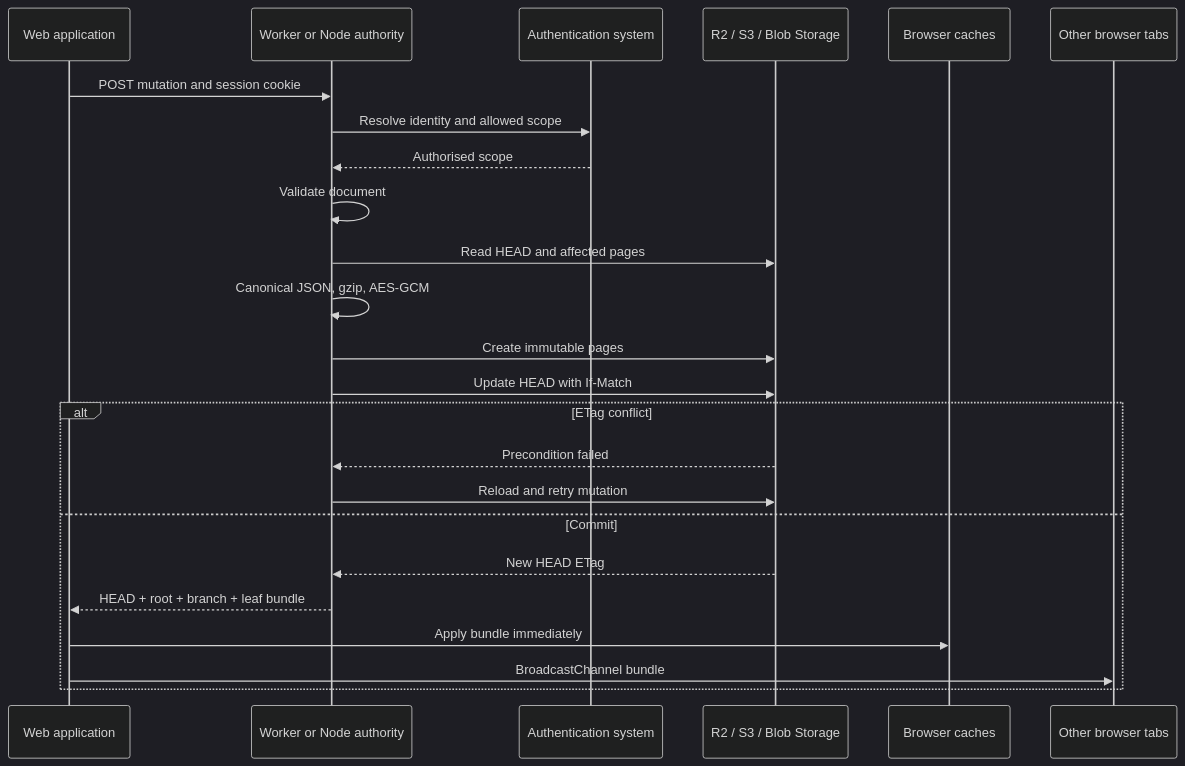
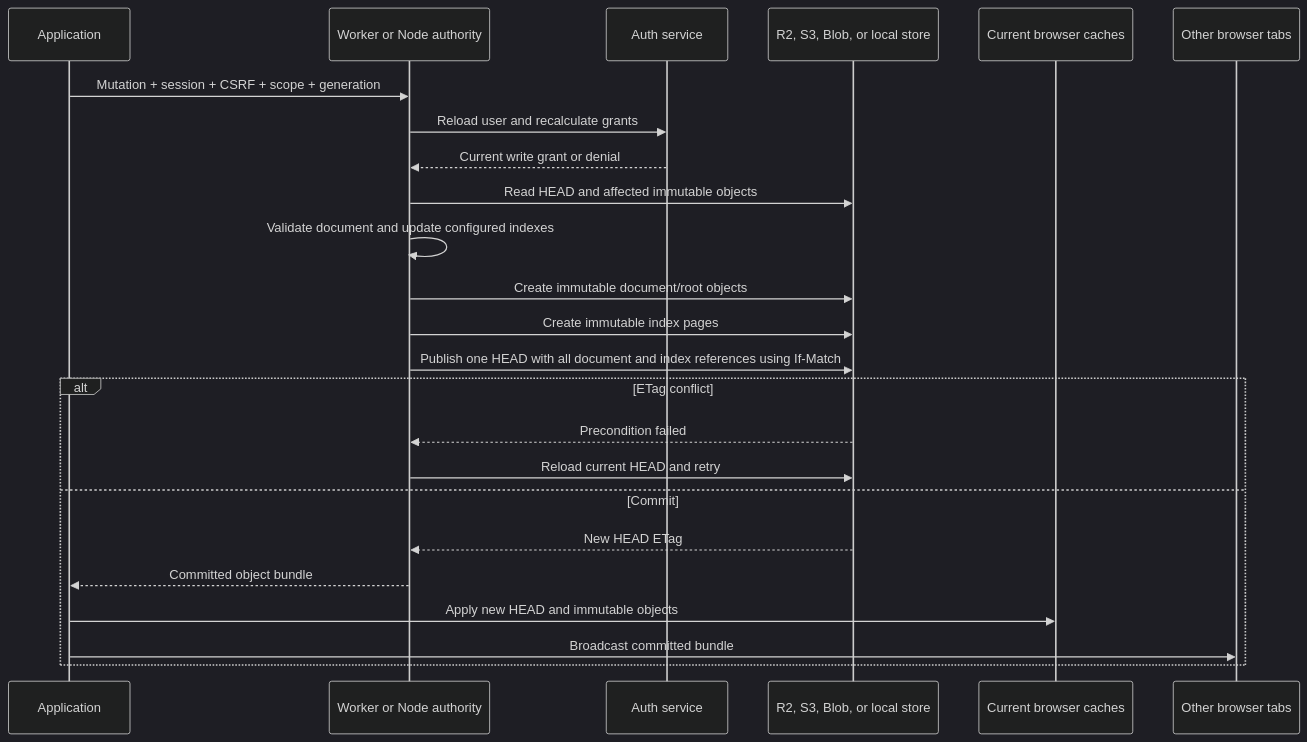
The fifth of 12 diagrams in docs/DIAGRAMS.md (Jason-Doyle/thimble), drawn with Mermaid (dark theme) before and after one commit. The commit also changed other lines of this file and 96 other files, not shown here.

````diff
--- a/docs/DIAGRAMS.md
+++ b/docs/DIAGRAMS.md
@@ -103,28 +168,28 @@
 ```mermaid
 sequenceDiagram
-  participant App as Web application
+  participant App as Application
   participant Authority as Worker or Node authority
-  participant Identity as Authentication system
-  participant Store as R2 / S3 / Blob Storage
-  participant Cache as Browser caches
+  participant Auth as Auth service
+  participant Store as R2, S3, Blob, or local store
+  participant Cache as Current browser caches
   participant Tabs as Other browser tabs
 
-  App->>Authority: POST mutation and session cookie
-  Authority->>Identity: Resolve identity and allowed scope
-  Identity-->>Authority: Authorised scope
-  Authority->>Authority: Validate document
-  Authority->>Store: Read HEAD and affected pages
-  Authority->>Authority: Canonical JSON, gzip, AES-GCM
-  Authority->>Store: Create immutable pages
-  Authority->>Store: Update HEAD with If-Match
+  App->>Authority: Mutation + session + CSRF + scope + generation
+  Authority->>Auth: Reload user and recalculate grants
+  Auth-->>Authority: Current write grant or denial
+  Authority->>Store: Read HEAD and affected immutable objects
+  Authority->>Authority: Validate document and update configured indexes
+  Authority->>Store: Create immutable document/root objects
+  Authority->>Store: Create immutable index pages
+  Authority->>Store: Publish one HEAD with all document and index references using If-Match
 
   alt ETag conflict
     Store-->>Authority: Precondition failed
-    Authority->>Store: Reload and retry mutation
+    Authority->>Store: Reload current HEAD and retry
   else Commit
     Store-->>Authority: New HEAD ETag
-    Authority-->>App: HEAD + root + branch + leaf bundle
-    App->>Cache: Apply bundle immediately
-    App->>Tabs: BroadcastChannel bundle
+    Authority-->>App: Committed object bundle
+    App->>Cache: Apply new HEAD and immutable objects
+    App->>Tabs: Broadcast committed bundle
   end
 ```
````
